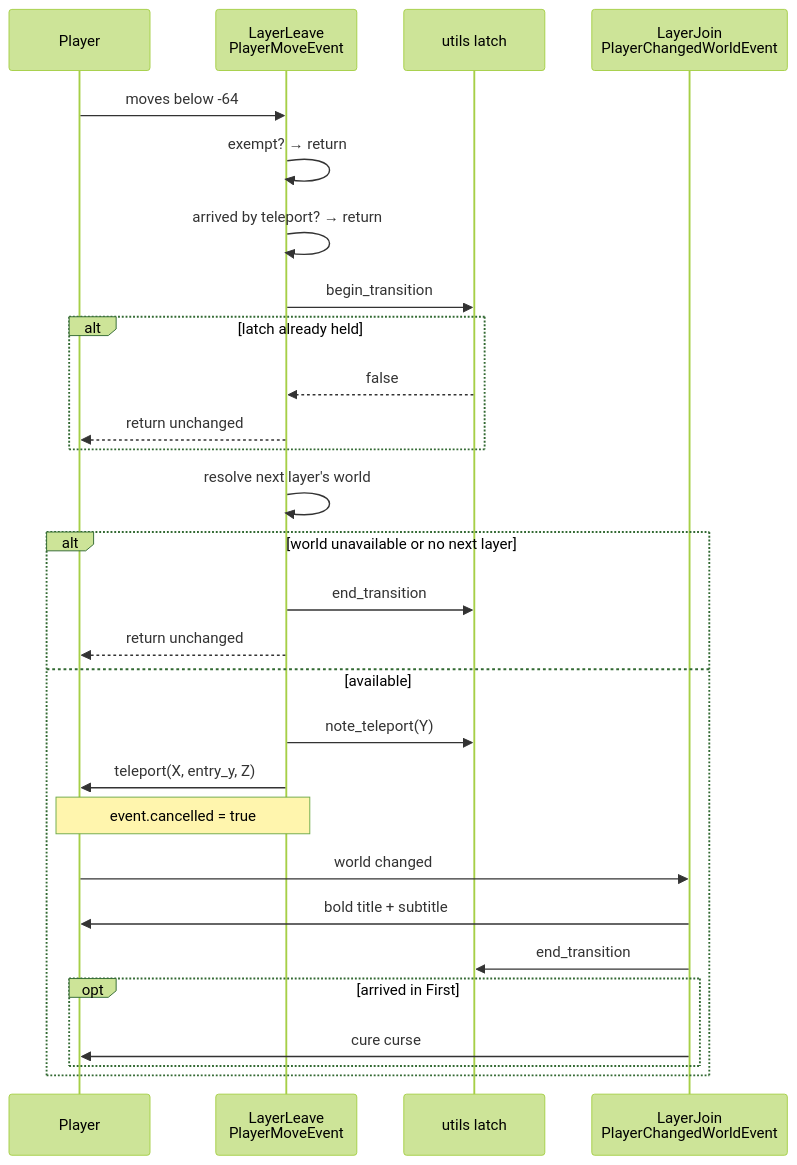
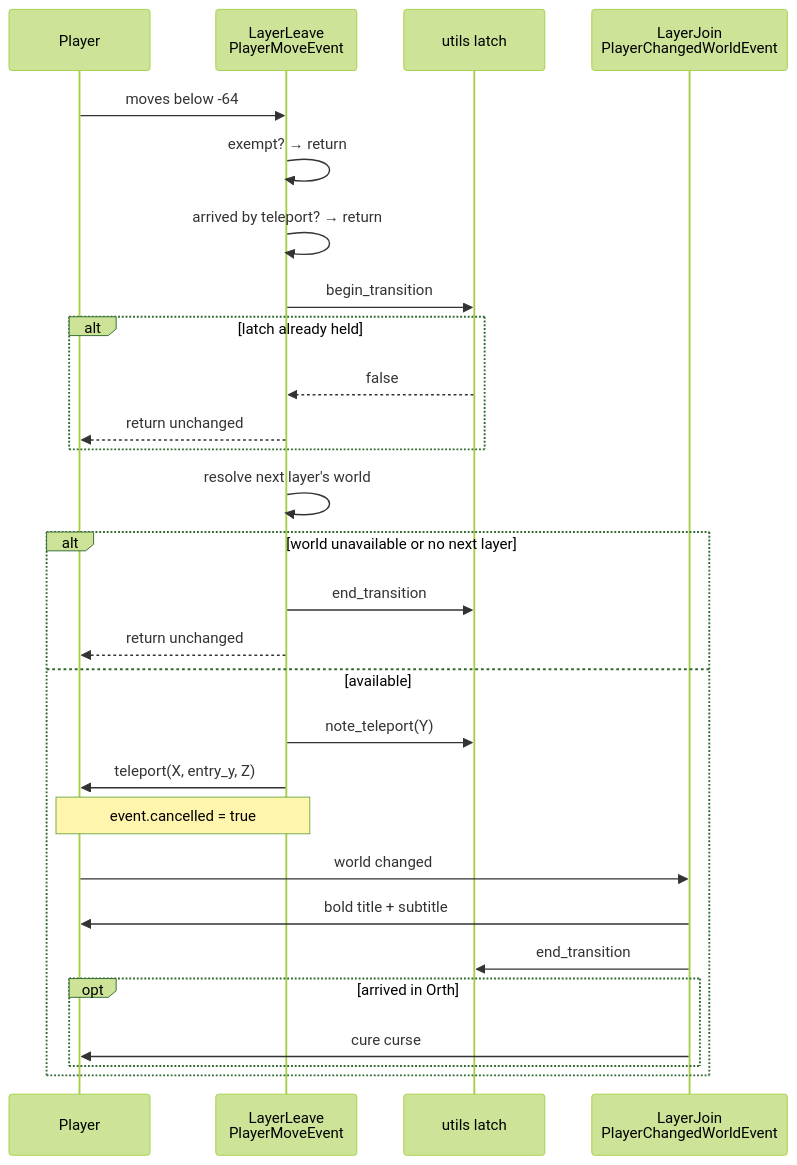
One commit to XodiumSoftware/mine-in-abyss changed the fourth of 7 diagrams in ARCHITECTURE.md. Above: the diagram before and after it, drawn with Mermaid (forest theme). The commit also changed other lines of this file and 27 other files, not shown here.

````diff
--- a/ARCHITECTURE.md
+++ b/ARCHITECTURE.md
@@ -154,31 +157,31 @@
 ```mermaid
 sequenceDiagram
     participant P as Player
     participant MV as LayerLeave<br/>PlayerMoveEvent
     participant U as utils latch
     participant J as LayerJoin<br/>PlayerChangedWorldEvent
 
     P->>MV: moves below -64
     MV->>MV: exempt? → return
     MV->>MV: arrived by teleport? → return
     MV->>U: begin_transition
     alt latch already held
         U-->>MV: false
         MV-->>P: return unchanged
     end
     MV->>MV: resolve next layer's world
     alt world unavailable or no next layer
         MV->>U: end_transition
         MV-->>P: return unchanged
     else available
         MV->>U: note_teleport(Y)
         MV->>P: teleport(X, entry_y, Z)
         Note over MV,P: event.cancelled = true
         P->>J: world changed
         J->>P: bold title + subtitle
         J->>U: end_transition
-        opt arrived in First
+        opt arrived in Orth
             J->>P: cure curse
         end
     end
 ```
````
